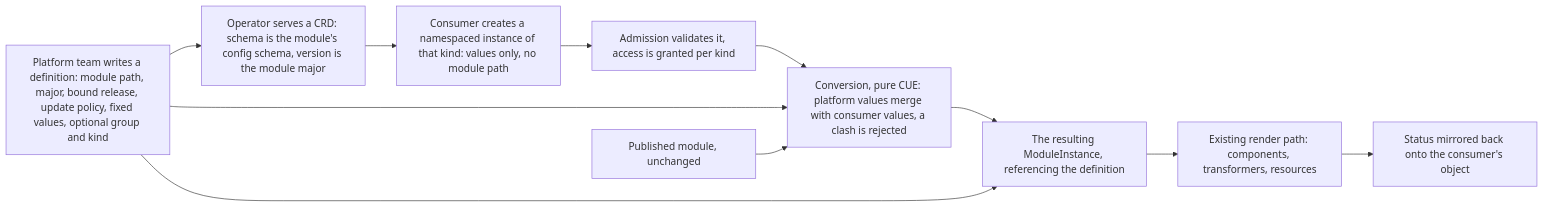
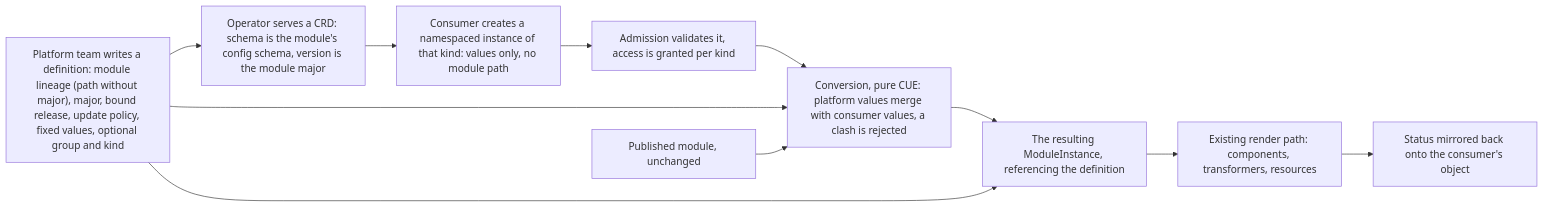
The diagram in 0025/README.md (open-platform-model/enhancements), drawn with Mermaid before and after one commit. The commit also changed other lines of this file and 16 other files, not shown here.

````diff
--- a/0025/README.md
+++ b/0025/README.md
@@ -23,13 +23,13 @@
 ```mermaid
 flowchart LR
-    platform["Platform team writes a definition: module path, major, bound release, update policy, fixed values, optional group and kind"] --> crd
+    platform["Platform team writes a definition: module lineage (path without major), major, bound release, update policy, fixed values, optional group and kind"] --> crd
     crd["Operator serves a CRD: schema is the module's config schema, version is the module major"] --> consumer
     consumer["Consumer creates a namespaced instance of that kind: values only, no module path"] --> admission["Admission validates it, access is granted per kind"]
     admission --> project
     platform --> project
     module["Published module, unchanged"] --> project
     project["Conversion, pure CUE: platform values merge with consumer values, a clash is rejected"] --> mi["The resulting ModuleInstance, referencing the definition"]
     mi --> render["Existing render path: components, transformers, resources"]
     render --> status["Status mirrored back onto the consumer's object"]
     platform --> mi
 ```
````
